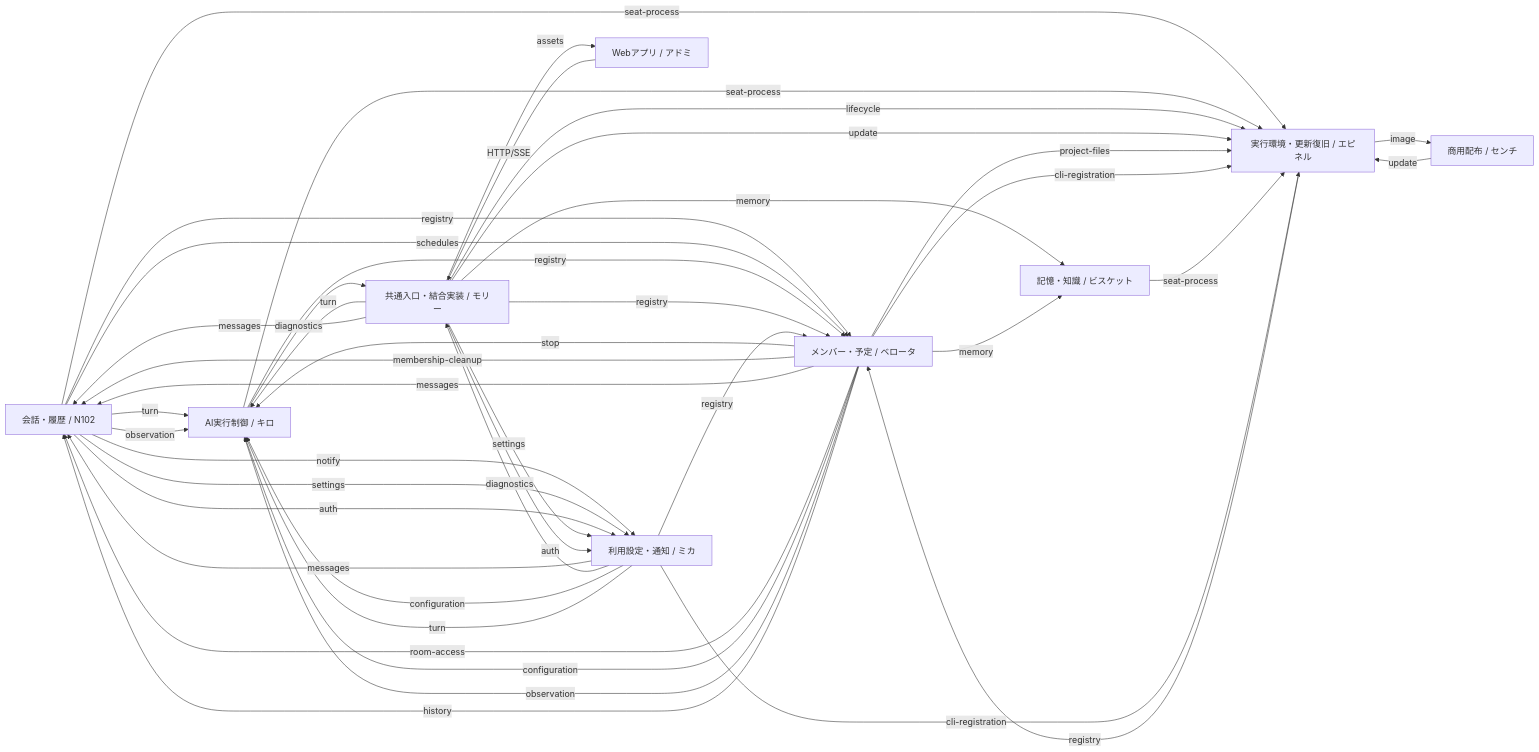
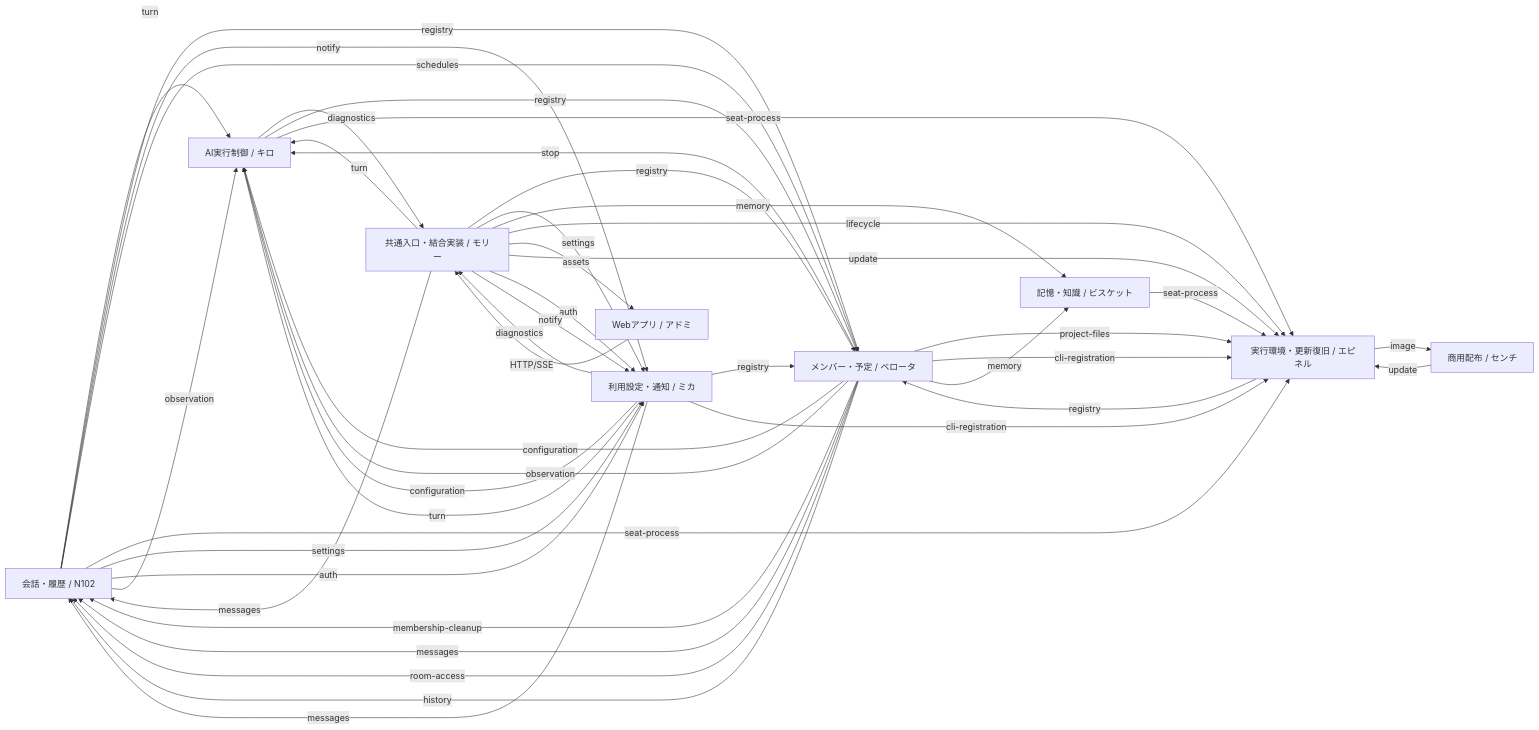
Before and after one commit to kitepon/BellTeam: the first of 2 diagrams in docs/architecture/feature-map.md, drawn with Mermaid. The commit also changed 2 other files, not shown here.

Commit message:
Publish finite update states and compose the staged UI and native probe

````diff
--- a/docs/architecture/feature-map.md
+++ b/docs/architecture/feature-map.md
@@ -11,53 +11,54 @@
 ```mermaid
 flowchart LR
   m_conversation["会話・履歴 / N102"]
   m_distribution["商用配布 / センチ"]
   m_execution["AI実行制御 / キロ"]
   m_integration["共通入口・結合実装 / モリー"]
   m_members["メンバー・予定 / ベロータ"]
   m_memory["記憶・知識 / ビスケット"]
   m_runtime["実行環境・更新復旧 / エピネル"]
   m_usage["利用設定・通知 / ミカ"]
   m_web["Webアプリ / アドミ"]
   m_conversation -->|"turn"| m_execution
   m_conversation -->|"registry"| m_members
   m_conversation -->|"notify"| m_usage
   m_conversation -->|"schedules"| m_members
   m_conversation -->|"seat-process"| m_runtime
   m_conversation -->|"settings"| m_usage
   m_conversation -->|"auth"| m_usage
   m_conversation -->|"observation"| m_execution
   m_distribution -->|"update"| m_runtime
   m_execution -->|"diagnostics"| m_integration
   m_execution -->|"registry"| m_members
   m_execution -->|"seat-process"| m_runtime
   m_integration -->|"turn"| m_execution
   m_integration -->|"messages"| m_conversation
   m_integration -->|"registry"| m_members
   m_integration -->|"settings"| m_usage
   m_integration -->|"memory"| m_memory
   m_integration -->|"lifecycle"| m_runtime
   m_integration -->|"assets"| m_web
   m_integration -->|"update"| m_runtime
   m_integration -->|"auth"| m_usage
+  m_integration -->|"notify"| m_usage
   m_members -->|"stop"| m_execution
   m_members -->|"project-files"| m_runtime
   m_members -->|"cli-registration"| m_runtime
   m_members -->|"membership-cleanup"| m_conversation
   m_members -->|"messages"| m_conversation
   m_members -->|"memory"| m_memory
   m_members -->|"room-access"| m_conversation
   m_members -->|"configuration"| m_execution
   m_members -->|"observation"| m_execution
   m_members -->|"history"| m_conversation
   m_memory -->|"seat-process"| m_runtime
   m_runtime -->|"registry"| m_members
   m_runtime -->|"image"| m_distribution
   m_usage -->|"registry"| m_members
   m_usage -->|"messages"| m_conversation
   m_usage -->|"cli-registration"| m_runtime
   m_usage -->|"diagnostics"| m_integration
   m_usage -->|"configuration"| m_execution
   m_usage -->|"turn"| m_execution
   m_web -->|"HTTP/SSE"| m_integration
 ```
````
